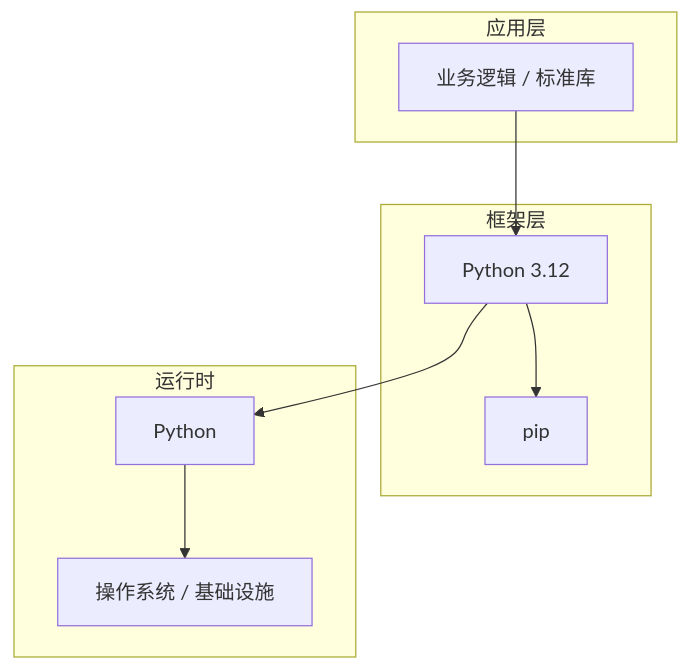
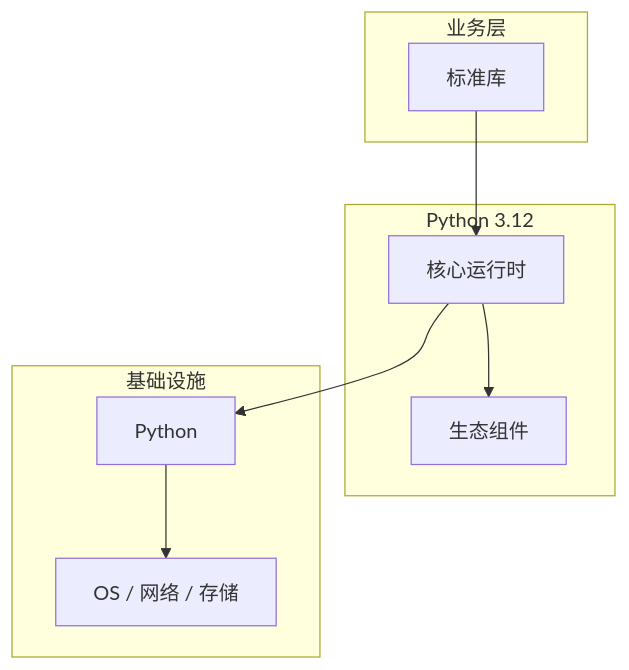
Before and after one commit to yanggan2015/knowledge-json-v2: the diagram in articles/Python核心/chapters/162-标准库核心概念与原理.md, drawn with Mermaid. The commit also changed other lines of this file and 10127 other files, not shown here.

````diff
--- a/articles/Python核心/chapters/162-标准库核心概念与原理.md
+++ b/articles/Python核心/chapters/162-标准库核心概念与原理.md
@@ -45,18 +34,18 @@
 ```mermaid
 graph TB
-    subgraph 应用层
-        A[业务逻辑 / 标准库]
+    subgraph 业务层
+        A[标准库]
     end
-    subgraph 框架层
-        B[Python 3.12]
-        C[pip]
+    subgraph Python 3.12
+        B[核心运行时]
+        C[生态组件]
     end
-    subgraph 运行时
+    subgraph 基础设施
         D[Python]
-        E[操作系统 / 基础设施]
+        E[OS / 网络 / 存储]
     end
     A --> B
     B --> C
     B --> D
     D --> E
 ```
````
